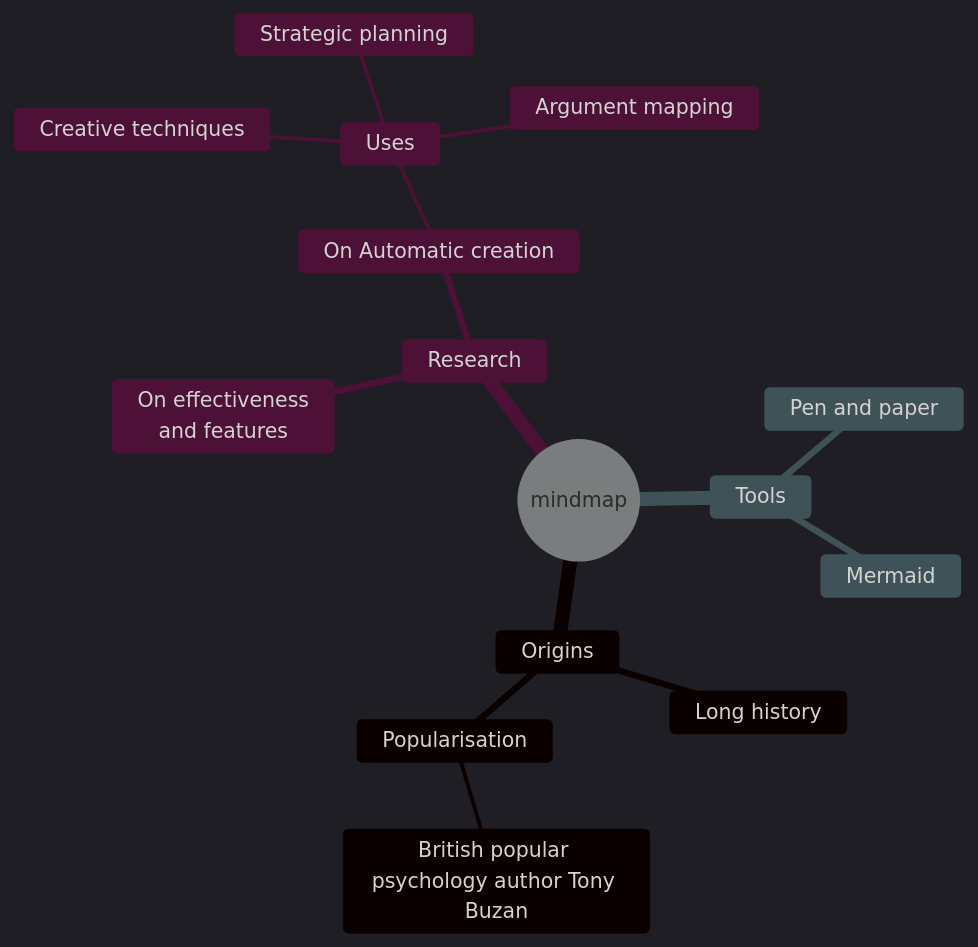
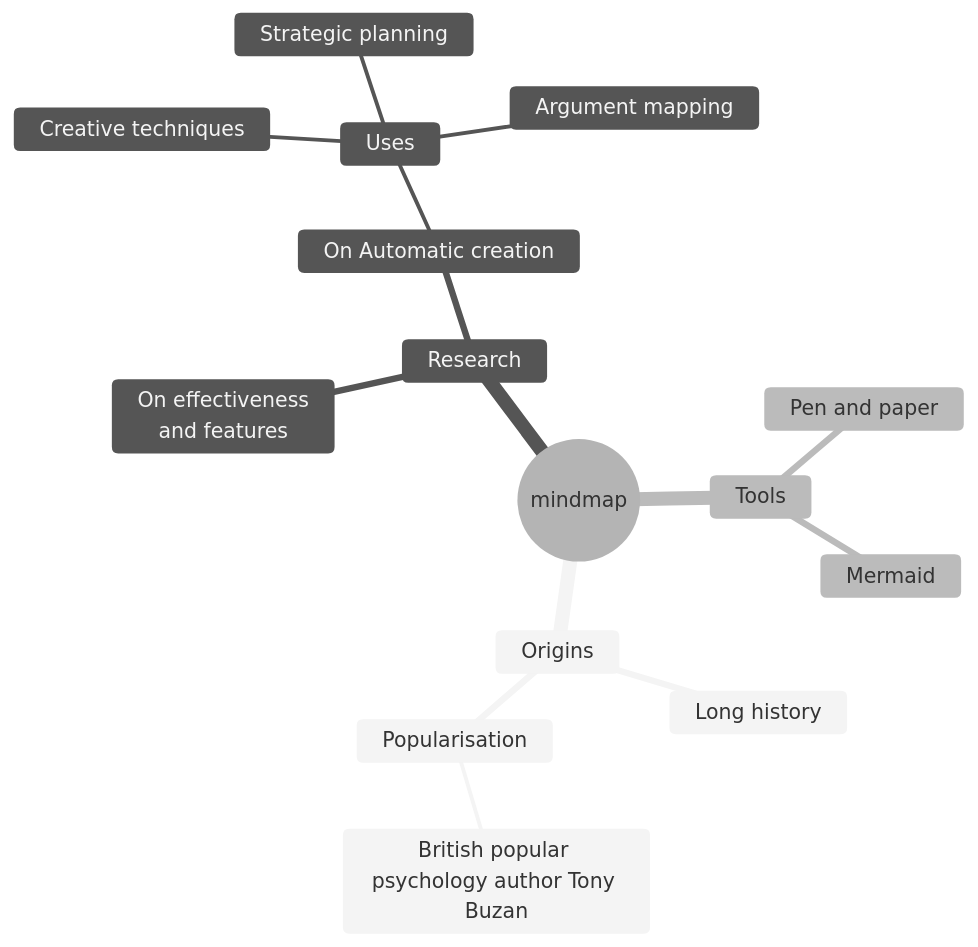
One commit to mnmlsniper/qa-automation-js-roadmap changed the diagram in README.md. Above: the diagram before and after it, drawn with Mermaid.

Commit message:
add theme neutral

````diff
--- a/README.md
+++ b/README.md
@@ -3,21 +3,21 @@
 ```mermaid
-%%{init: {'theme':'dark'}}%%
+%%{init: {'theme':'neutral'}}%%
 mindmap
   root((mindmap))
     Origins
       Long history
       ::icon(fa fa-book)
       Popularisation
         British popular psychology author Tony Buzan
     Research
       On effectiveness<br/>and features
       On Automatic creation
         Uses
             Creative techniques
             Strategic planning
             Argument mapping
     Tools
       Pen and paper
       Mermaid
 
 ```
````
